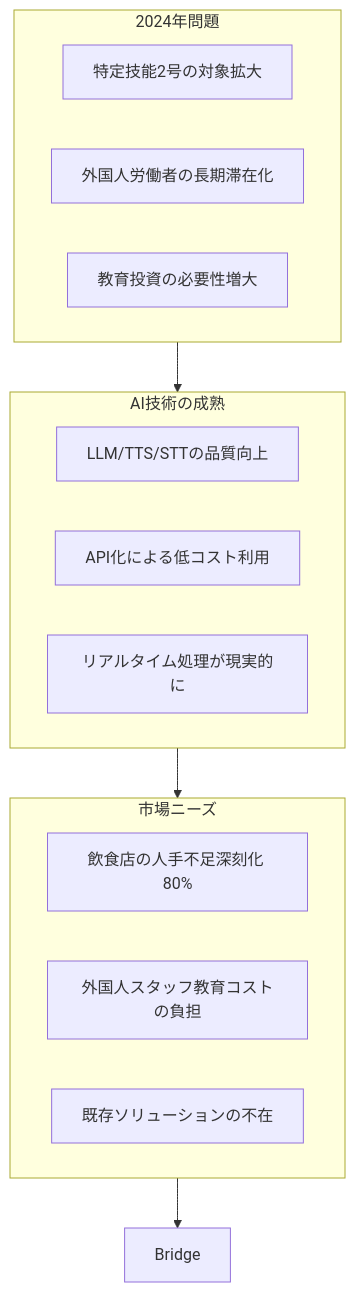
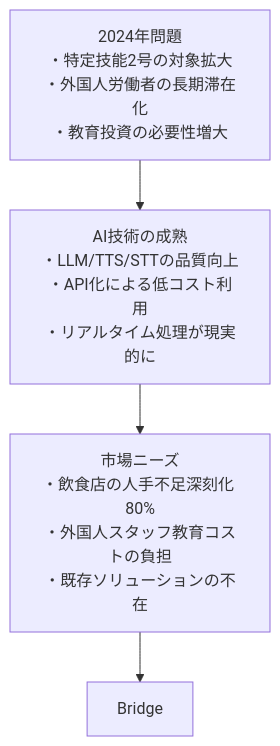
The diagram in mermaid/mermaid_whynow.mmd (koshikawa-masato/Bridge-Restaurant-Training), drawn with Mermaid before and after one commit. The commit also changed 1 other file, not shown here.

Commit message:
fix: simplify WhyNow diagram without subgraph for compact display
🤖 Generated with [Claude Code](https://claude.com/claude-code)

```diff
--- a/mermaid/mermaid_whynow.mmd
+++ b/mermaid/mermaid_whynow.mmd
@@ -1,21 +1,7 @@
 flowchart TB
-    subgraph A["2024年問題"]
-        A1["特定技能2号の対象拡大"]
-        A2["外国人労働者の長期滞在化"]
-        A3["教育投資の必要性増大"]
-    end
-
-    subgraph B["AI技術の成熟"]
-        B1["LLM/TTS/STTの品質向上"]
-        B2["API化による低コスト利用"]
-        B3["リアルタイム処理が現実的に"]
-    end
-
-    subgraph C["市場ニーズ"]
-        C1["飲食店の人手不足深刻化 80%"]
-        C2["外国人スタッフ教育コストの負担"]
-        C3["既存ソリューションの不在"]
-    end
-
-    A --> B --> C
-    C --> D["Bridge"]
+    A["2024年問題<br/>・特定技能2号の対象拡大<br/>・外国人労働者の長期滞在化<br/>・教育投資の必要性増大"]
+    B["AI技術の成熟<br/>・LLM/TTS/STTの品質向上<br/>・API化による低コスト利用<br/>・リアルタイム処理が現実的に"]
+    C["市場ニーズ<br/>・飲食店の人手不足深刻化 80%<br/>・外国人スタッフ教育コストの負担<br/>・既存ソリューションの不在"]
+    D["Bridge"]
+    
+    A --> B --> C --> D
```
